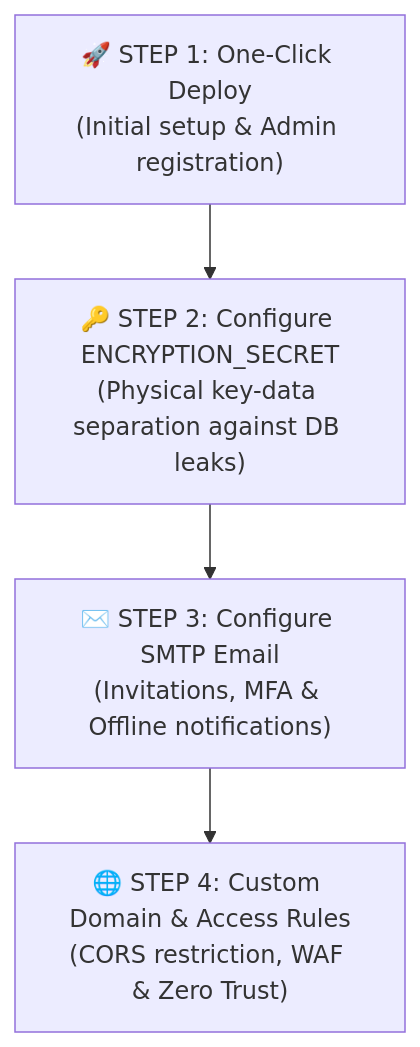
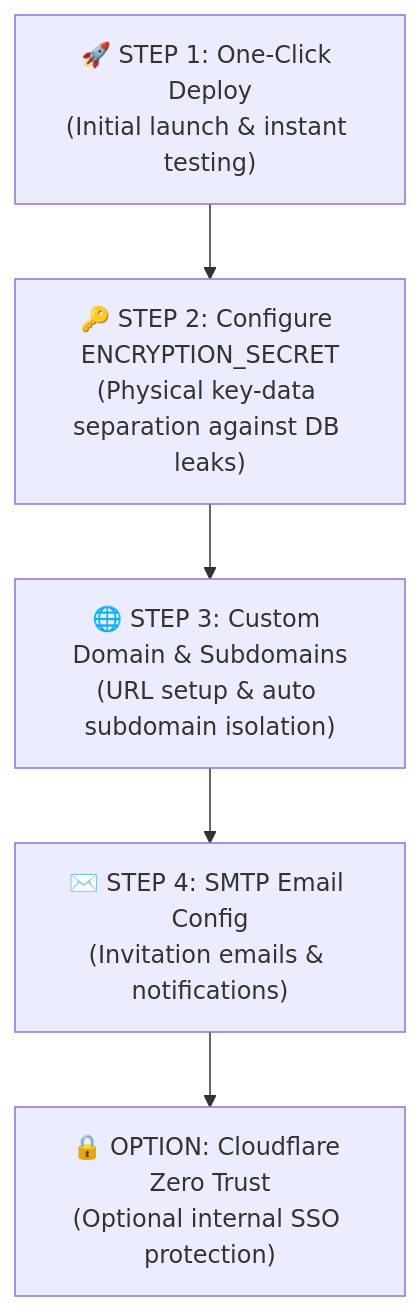
One commit to cohive-tms/cohive-cloudflare changed the diagram in README.md. Above: the diagram before and after it, drawn with Mermaid. The commit also changed other lines of this file and 60 other files, not shown here.

````diff
--- a/README.md
+++ b/README.md
@@ -74,6 +41,7 @@
 ```mermaid
 flowchart TD
-    Step1["🚀 STEP 1: One-Click Deploy<br/>(Initial setup & Admin registration)"] --> Step2["🔑 STEP 2: Configure ENCRYPTION_SECRET<br/>(Physical key-data separation against DB leaks)"]
-    Step2 --> Step3["✉️ STEP 3: Configure SMTP Email<br/>(Invitations, MFA & Offline notifications)"]
-    Step3 --> Step4["🌐 STEP 4: Custom Domain & Access Rules<br/>(CORS restriction, WAF & Zero Trust)"]
+    Step1["🚀 STEP 1: One-Click Deploy<br/>(Initial launch & instant testing)"] --> Step2["🔑 STEP 2: Configure ENCRYPTION_SECRET<br/>(Physical key-data separation against DB leaks)"]
+    Step2 --> Step3["🌐 STEP 3: Custom Domain & Subdomains<br/>(URL setup & auto subdomain isolation)"]
+    Step3 --> Step4["✉️ STEP 4: SMTP Email Config<br/>(Invitation emails & notifications)"]
+    Step4 --> Option["🔒 OPTION: Cloudflare Zero Trust<br/>(Optional internal SSO protection)"]
 ```
````
